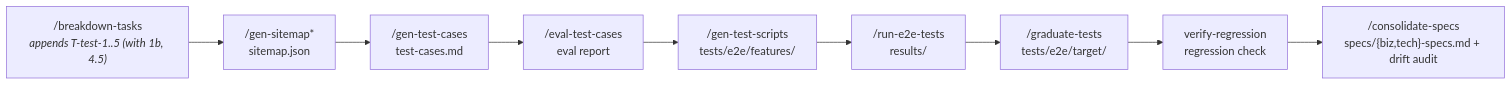
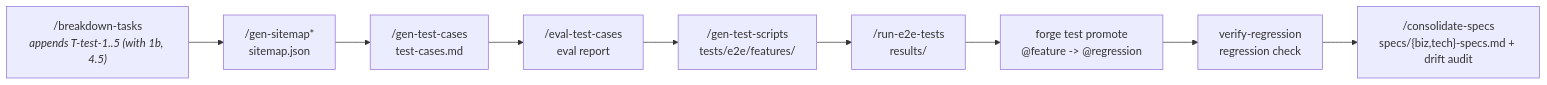
Before and after one commit to bigfaner/forge: the second of 3 diagrams in plugins/forge/hooks/guide.md, drawn with Mermaid. The commit also changed other lines of this file and 38 other files, not shown here.

First line of the commit message:
refactor(cli): rename testing to test, replace graduate-tests with tag-based promotion

````diff
--- a/plugins/forge/hooks/guide.md
+++ b/plugins/forge/hooks/guide.md
@@ -52,11 +52,11 @@
 ```mermaid
 graph LR
     F["/breakdown-tasks<br><i>appends T-test-1..5 (with 1b, 4.5)</i>"] --> T1["/gen-sitemap*<br>sitemap.json"]
     T1 --> T2["/gen-test-cases<br>test-cases.md"]
     T2 --> T2b["/eval-test-cases<br>eval report"]
     T2b --> T3["/gen-test-scripts<br>tests/e2e/features/"]
     T3 --> T4["/run-e2e-tests<br>results/"]
-    T4 --> T4b["/graduate-tests<br>tests/e2e/target/"]
+    T4 --> T4b["forge test promote<br>@feature -> @regression"]
     T4b --> T4c["verify-regression<br>regression check"]
     T4c --> T5["/consolidate-specs<br>specs/{biz,tech}-specs.md + drift audit"]
 ```
````
